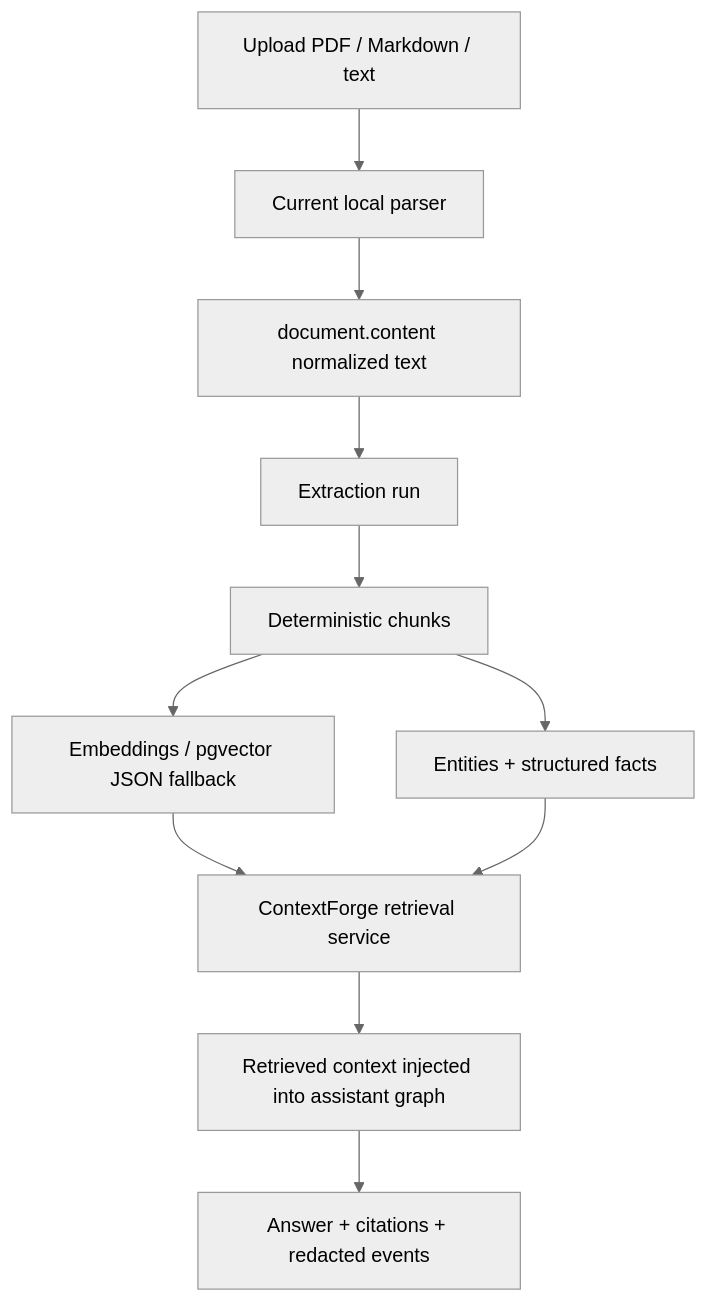
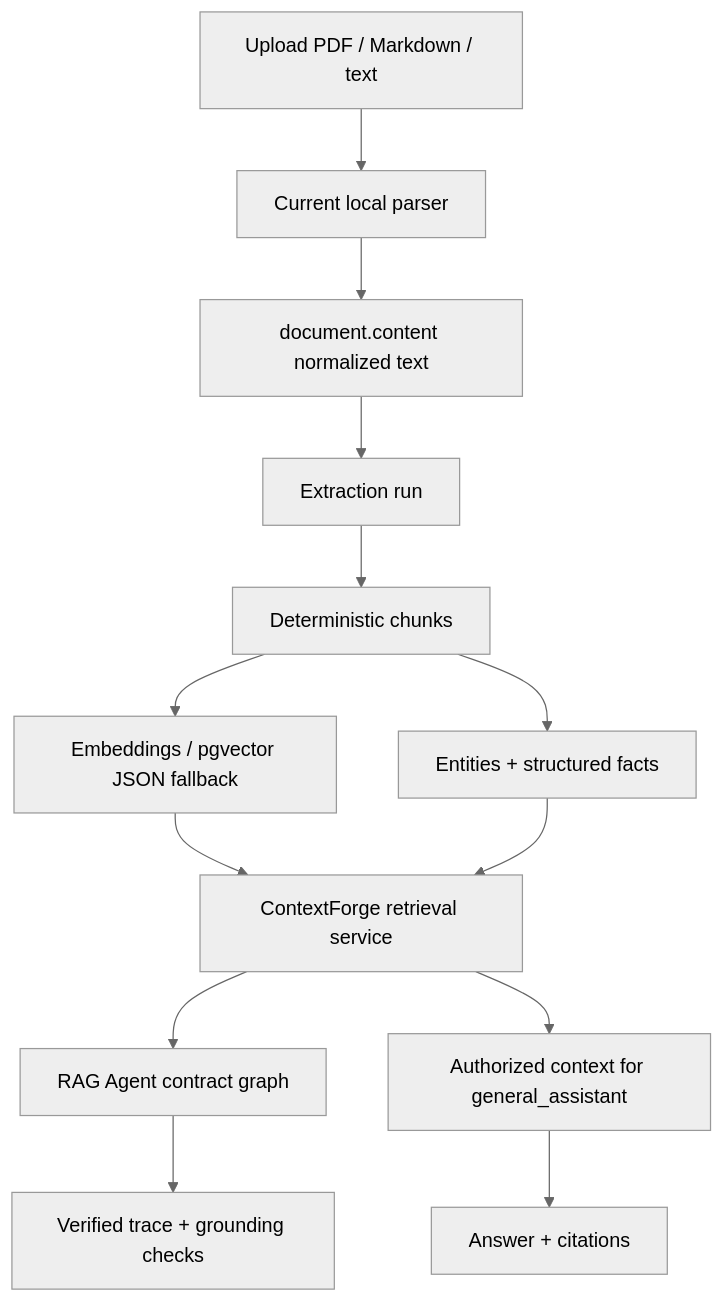
One commit to heecheon92/my-agents changed the first of 3 diagrams in docs/idea/layout-aware-ingestion-rag-agent.md. Above: the diagram before and after it, drawn with Mermaid (neutral theme). The commit also changed other lines of this file and 25 other files, not shown here.

````diff
--- a/docs/idea/layout-aware-ingestion-rag-agent.md
+++ b/docs/idea/layout-aware-ingestion-rag-agent.md
@@ -41,13 +41,15 @@
 ```mermaid
 flowchart TD
     Upload["Upload PDF / Markdown / text"] --> Parser["Current local parser"]
     Parser --> DocContent["document.content normalized text"]
     DocContent --> Extraction["Extraction run"]
     Extraction --> Chunks["Deterministic chunks"]
     Chunks --> Embeddings["Embeddings / pgvector JSON fallback"]
     Chunks --> Entities["Entities + structured facts"]
     Embeddings --> ContextForge["ContextForge retrieval service"]
     Entities --> ContextForge
-    ContextForge --> GraphInput["Retrieved context injected into assistant graph"]
-    GraphInput --> Answer["Answer + citations + redacted events"]
+    ContextForge --> RAGAgent["RAG Agent contract graph"]
+    ContextForge --> GraphInput["Authorized context for general_assistant"]
+    GraphInput --> Answer["Answer + citations"]
+    RAGAgent --> AnswerTrace["Verified trace + grounding checks"]
 ```
````
